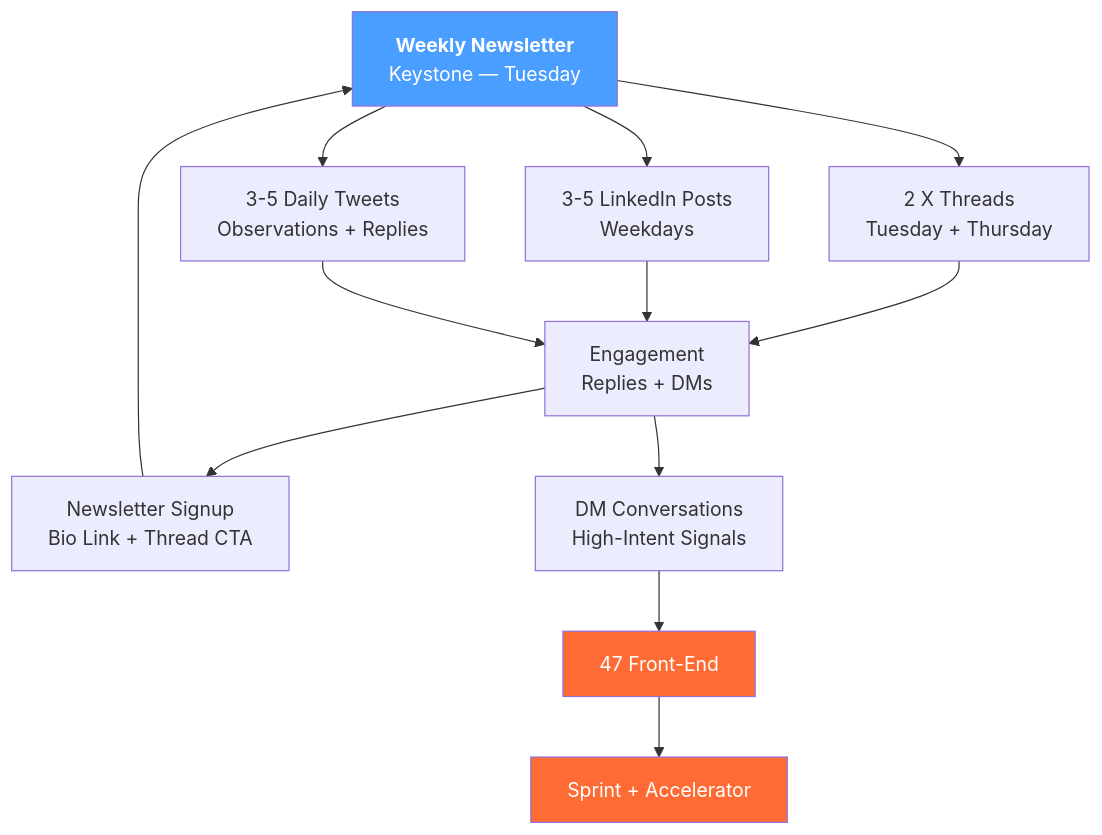
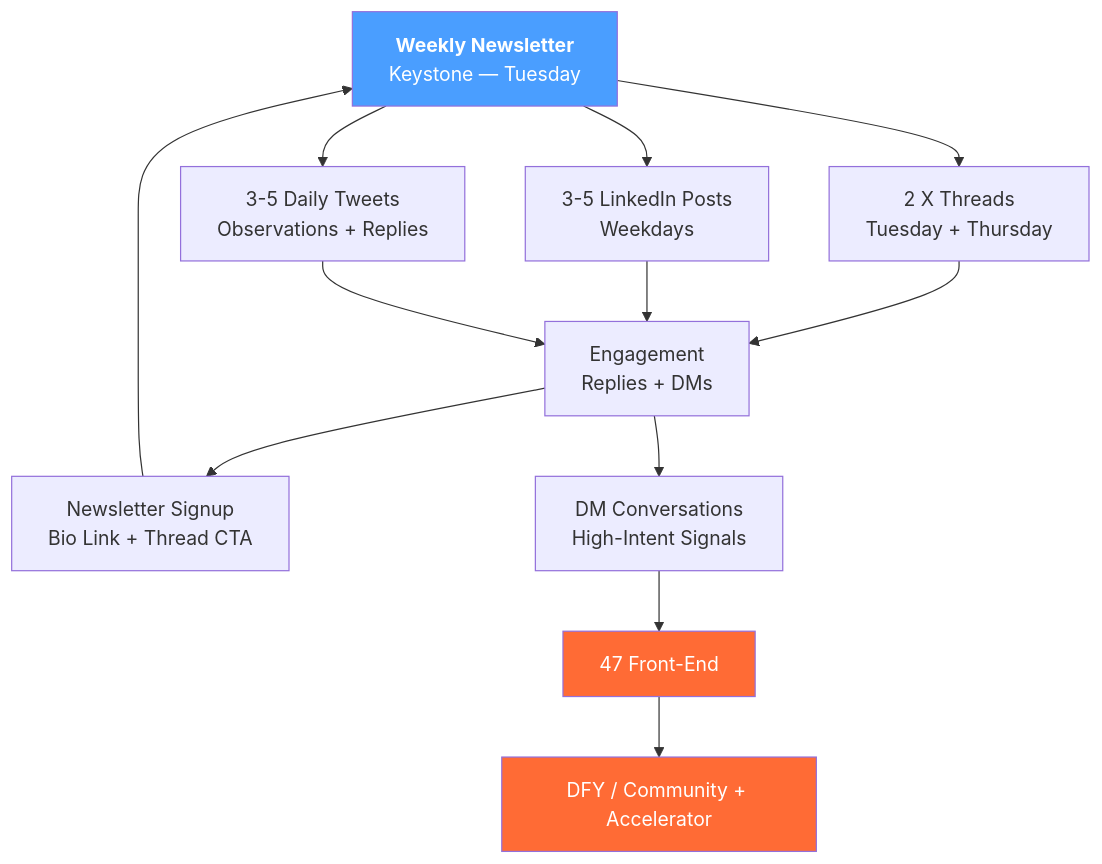
Before and after one commit to mike-scott-darwin/client-ready: the diagram in reference/domain/content-strategy.md, drawn with Mermaid. The commit also changed other lines of this file and 22 other files, not shown here.

First line of the commit message:
[update] Final sweep — align all reference files with DFY/Newsletter/Community funnel

````diff
--- a/reference/domain/content-strategy.md
+++ b/reference/domain/content-strategy.md
@@ -30,21 +30,21 @@
 ```mermaid
 graph TD
     NL["<b>Weekly Newsletter</b><br/>Keystone — Tuesday"] --> TH["2 X Threads<br/>Tuesday + Thursday"]
     NL --> LI["3-5 LinkedIn Posts<br/>Weekdays"]
     NL --> TW["3-5 Daily Tweets<br/>Observations + Replies"]
     
     TH --> ENG["Engagement<br/>Replies + DMs"]
     LI --> ENG
     TW --> ENG
     
     ENG --> SUB["Newsletter Signup<br/>Bio Link + Thread CTA"]
     SUB --> NL
     
     ENG --> DM["DM Conversations<br/>High-Intent Signals"]
     DM --> FE["47 Front-End"]
-    FE --> SP["Sprint + Accelerator"]
+    FE --> SP["DFY / Community + Accelerator"]
     
     style NL fill:#4a9eff,color:#fff
     style FE fill:#ff6b35,color:#fff
     style SP fill:#ff6b35,color:#fff
 ```
````
